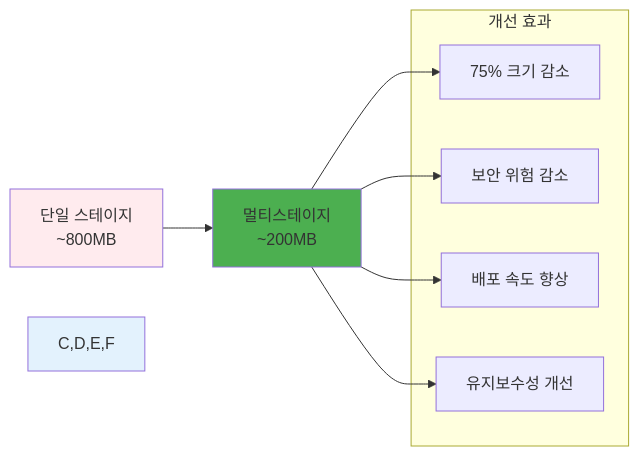
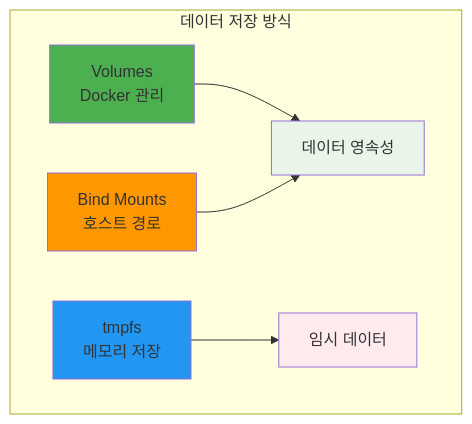
The second of 3 diagrams in theory/week_01/day3/session_3.md (niceguy61/kdt_devops_lecture_2025), drawn with Mermaid before and after one commit. The commit also changed other lines of this file and 26 other files, not shown here.

````diff
--- a/theory/week_01/day3/session_3.md
+++ b/theory/week_01/day3/session_3.md
@@ -367,20 +70,14 @@
 ```mermaid
-graph LR
-    A[단일 스테이지<br/>~800MB] --> B[멀티스테이지<br/>~200MB]
-    
-    subgraph "개선 효과"
-        C[75% 크기 감소]
-        D[보안 위험 감소]
-        E[배포 속도 향상]
-        F[유지보수성 개선]
+graph TB
+    subgraph "데이터 저장 방식"
+        A[Volumes<br/>Docker 관리] --> D[데이터 영속성]
+        B[Bind Mounts<br/>호스트 경로] --> D
+        C[tmpfs<br/>메모리 저장] --> E[임시 데이터]
     end
     
-    B --> C
-    B --> D
-    B --> E
-    B --> F
-    
-    style A fill:#ffebee
-    style B fill:#4caf50
-    style C,D,E,F fill:#e3f2fd
+    style A fill:#4caf50
+    style B fill:#ff9800
+    style C fill:#2196f3
+    style D fill:#e8f5e8
+    style E fill:#ffebee
 ```
````
